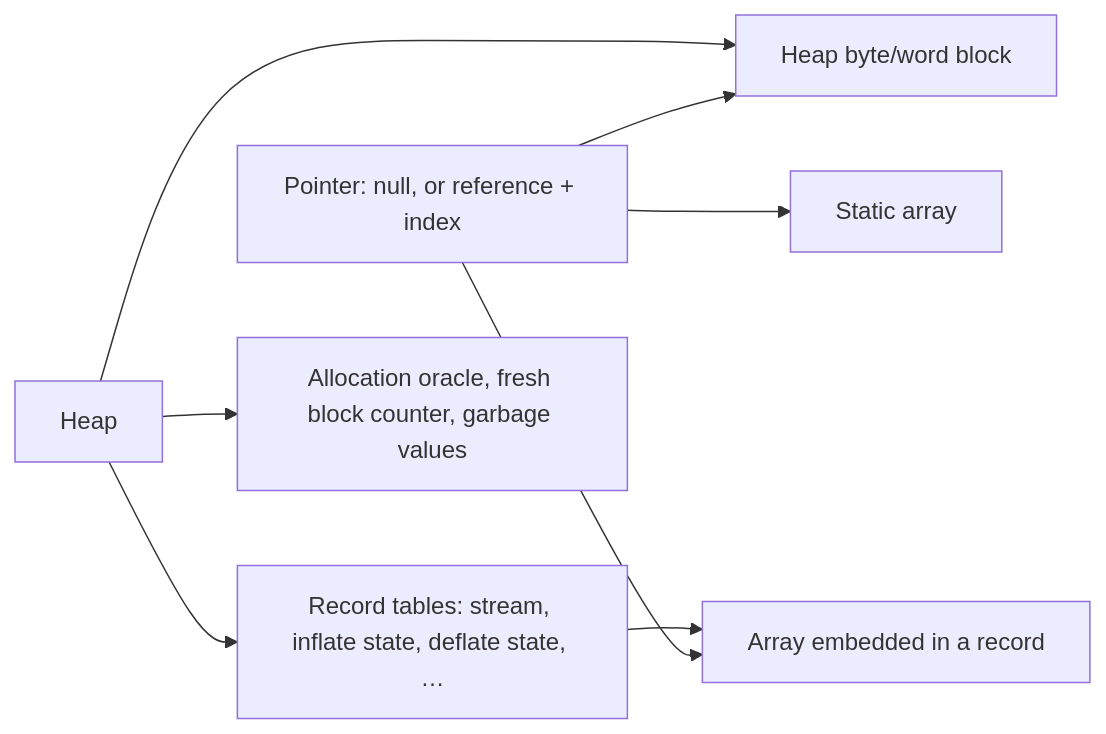
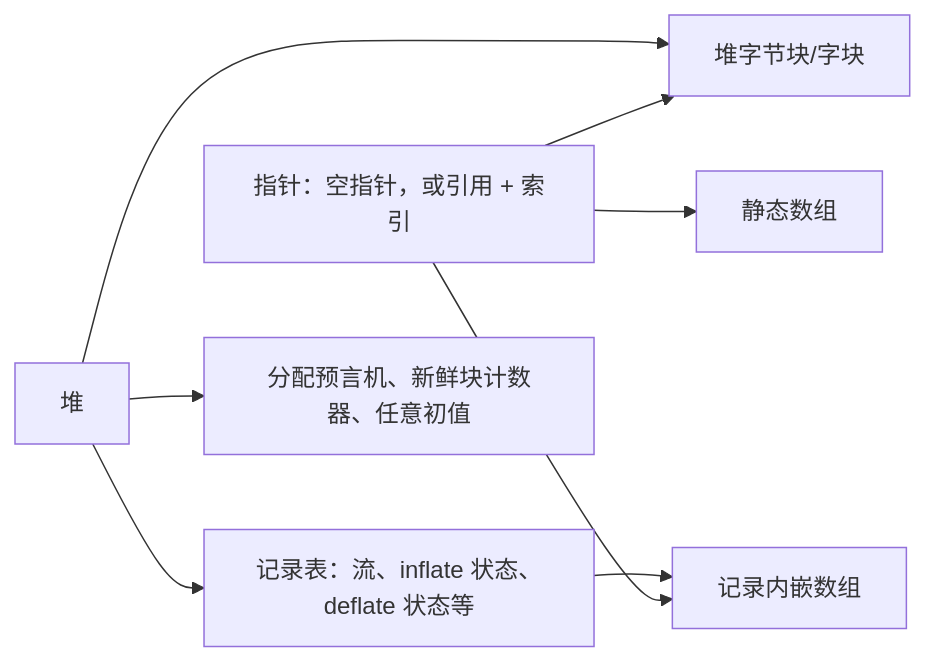
Before and after one commit to cla7aye15I4nd/zlib-f: the second of 2 diagrams in site/translations/design/architecture.zh.md, drawn with Mermaid. The commit also changed other lines of this file and 61 other files, not shown here.

````diff
--- a/site/translations/design/architecture.zh.md
+++ b/site/translations/design/architecture.zh.md
@@ -62,10 +52,10 @@
 ```mermaid
 flowchart LR
-    P["Pointer: null, or reference + index"] --> B["Heap byte/word block"]
-    P --> E["Array embedded in a record"]
-    P --> S["Static array"]
-    H["Heap"] --> B
-    H --> K["Record tables: stream, inflate state, deflate state, …"]
+    P["指针：空指针，或引用 + 索引"] --> B["堆字节块/字块"]
+    P --> E["记录内嵌数组"]
+    P --> S["静态数组"]
+    H["堆"] --> B
+    H --> K["记录表：流、inflate 状态、deflate 状态等"]
     K --> E
-    H --> O["Allocation oracle, fresh block counter, garbage values"]
+    H --> O["分配预言机、新鲜块计数器、任意初值"]
 ```
````
